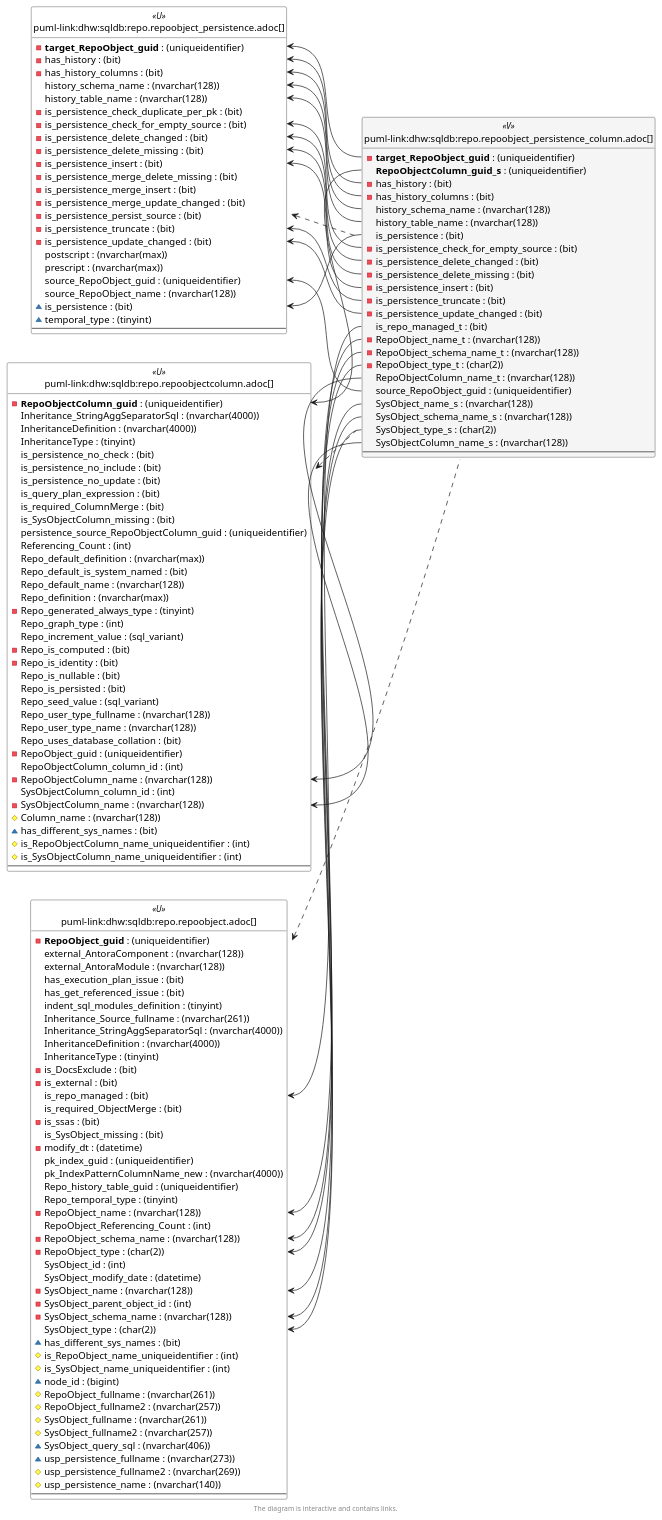
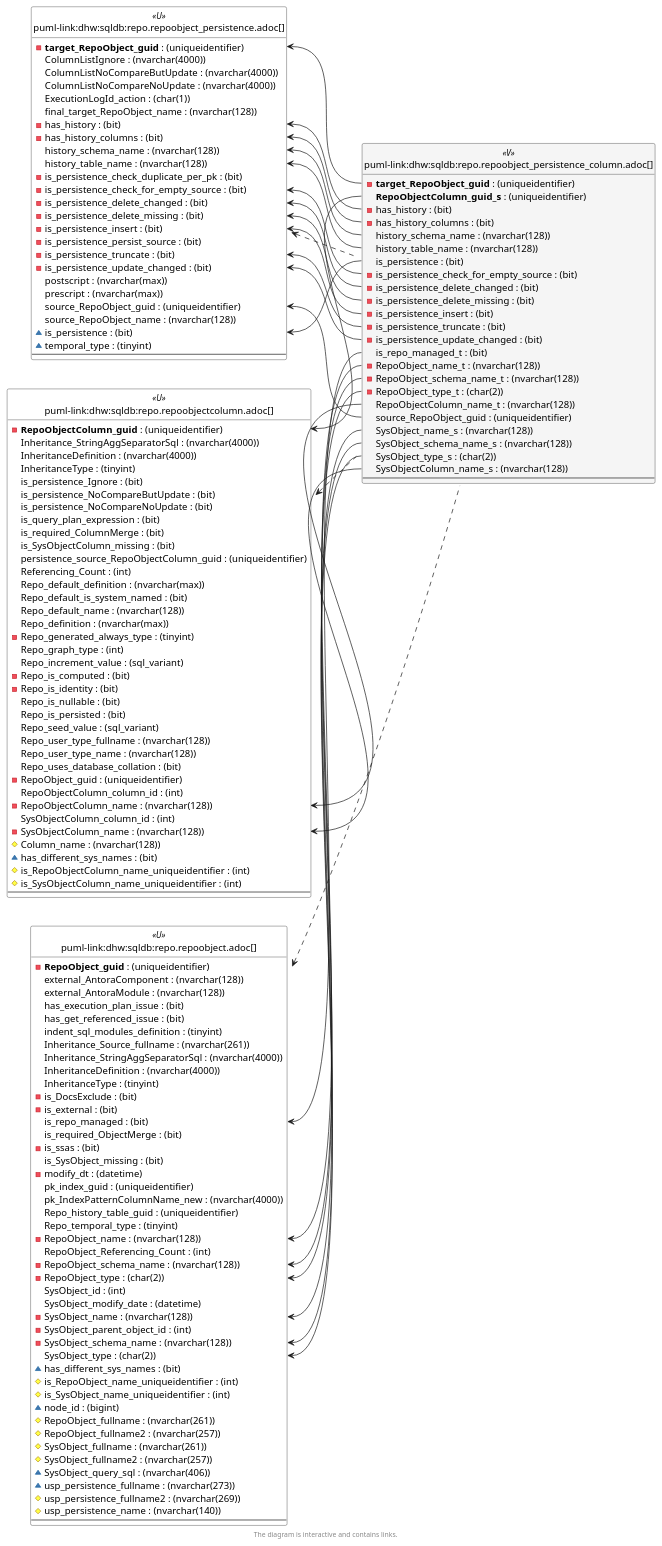
One commit to DataHandwerk/dhw-antora-sqldb changed the sixth of 6 diagrams in docs/modules/sqldb/partials/content/repo.repoobject_persistence_column.adoc. Above: the diagram before and after it, drawn with PlantUML. The commit also changed other lines of this file and 751 other files, not shown here.

```diff
--- a/docs/modules/sqldb/partials/content/repo.repoobject_persistence_column.adoc
+++ b/docs/modules/sqldb/partials/content/repo.repoobject_persistence_column.adoc
@@ -1861,6 +1862,11 @@
 
 entity "puml-link:dhw:sqldb:repo.repoobject_persistence.adoc[]" as repo.RepoObject_persistence << U >> {
   - **target_RepoObject_guid** : (uniqueidentifier)
+  ColumnListIgnore : (nvarchar(4000))
+  ColumnListNoCompareButUpdate : (nvarchar(4000))
+  ColumnListNoCompareNoUpdate : (nvarchar(4000))
+  ExecutionLogId_action : (char(1))
+  final_target_RepoObject_name : (nvarchar(128))
   - has_history : (bit)
   - has_history_columns : (bit)
   history_schema_name : (nvarchar(128))
@@ -1870,9 +1876,6 @@
   - is_persistence_delete_changed : (bit)
   - is_persistence_delete_missing : (bit)
   - is_persistence_insert : (bit)
-  - is_persistence_merge_delete_missing : (bit)
-  - is_persistence_merge_insert : (bit)
-  - is_persistence_merge_update_changed : (bit)
   - is_persistence_persist_source : (bit)
   - is_persistence_truncate : (bit)
   - is_persistence_update_changed : (bit)
@@ -1917,9 +1920,9 @@
   Inheritance_StringAggSeparatorSql : (nvarchar(4000))
   InheritanceDefinition : (nvarchar(4000))
   InheritanceType : (tinyint)
-  is_persistence_no_check : (bit)
-  is_persistence_no_include : (bit)
-  is_persistence_no_update : (bit)
+  is_persistence_Ignore : (bit)
+  is_persistence_NoCompareButUpdate : (bit)
+  is_persistence_NoCompareNoUpdate : (bit)
   is_query_plan_expression : (bit)
   is_required_ColumnMerge : (bit)
   is_SysObjectColumn_missing : (bit)
```
